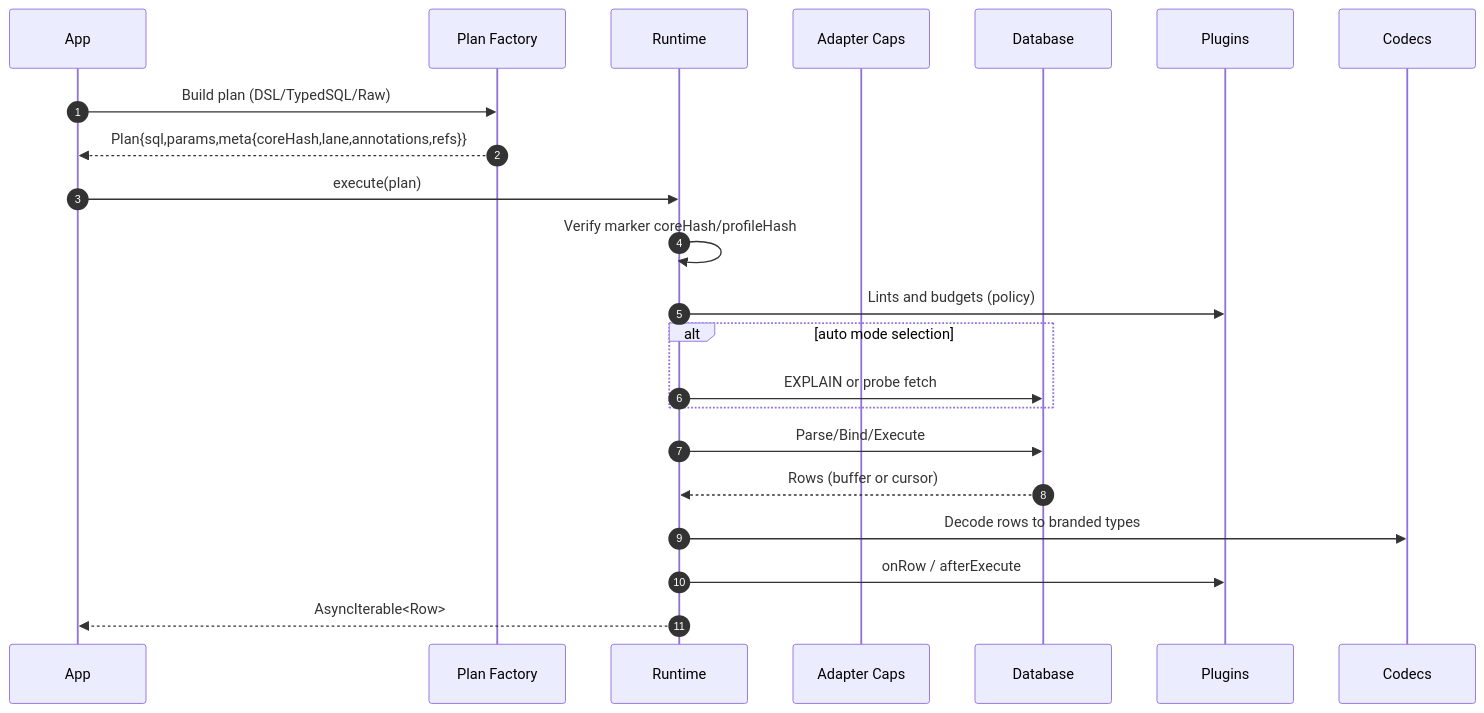
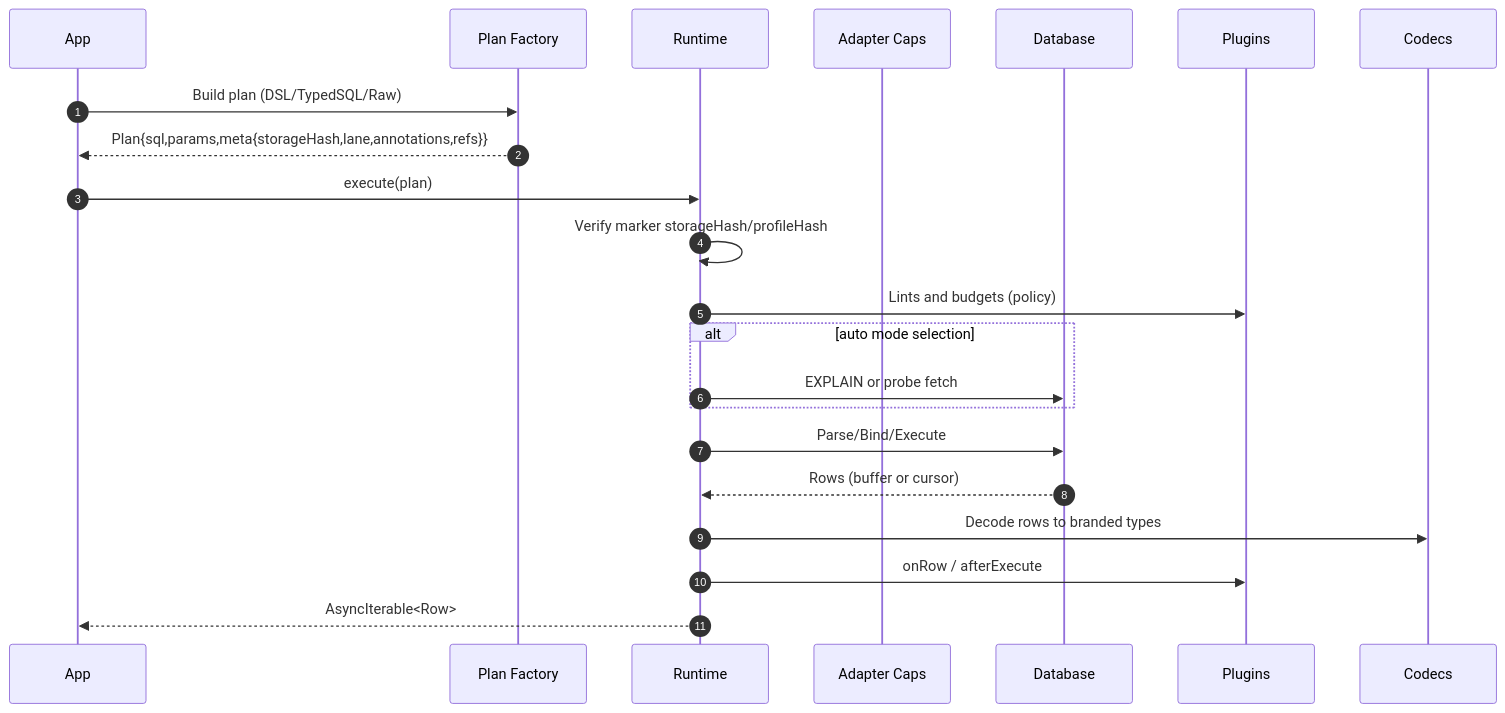
One commit to prisma/prisma-next changed the third of 4 diagrams in docs/Architecture Overview.md. Above: the diagram before and after it, drawn with Mermaid. The commit also changed other lines of this file and 262 other files, not shown here.

````diff
--- a/docs/Architecture Overview.md
+++ b/docs/Architecture Overview.md
@@ -217,25 +217,25 @@
 ```mermaid
 sequenceDiagram
   autonumber
   participant App as App
   participant Factory as Plan Factory
   participant Runtime as Runtime
   participant Caps as Adapter Caps
   participant DB as Database
   participant Plugins as Plugins
   participant Codecs as Codecs
 
   App->>Factory: Build plan (DSL/TypedSQL/Raw)
-  Factory-->>App: Plan{sql,params,meta{coreHash,lane,annotations,refs}}
+  Factory-->>App: Plan{sql,params,meta{storageHash,lane,annotations,refs}}
   App->>Runtime: execute(plan)
-  Runtime->>Runtime: Verify marker coreHash/profileHash
+  Runtime->>Runtime: Verify marker storageHash/profileHash
   Runtime->>Plugins: Lints and budgets (policy)
   alt auto mode selection
     Runtime->>DB: EXPLAIN or probe fetch
   end
   Runtime->>DB: Parse/Bind/Execute
   DB-->>Runtime: Rows (buffer or cursor)
   Runtime->>Codecs: Decode rows to branded types
   Runtime->>Plugins: onRow / afterExecute
   Runtime-->>App: AsyncIterable<Row>
 ```
````
